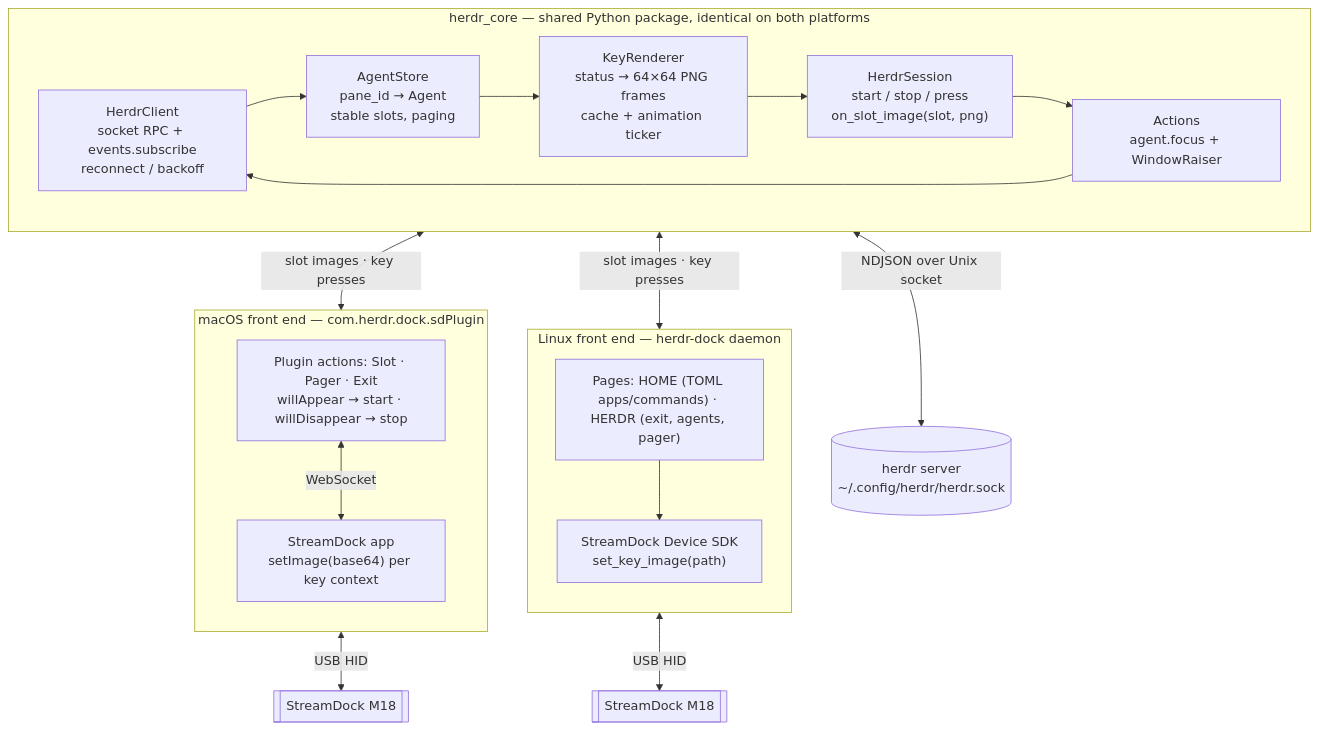
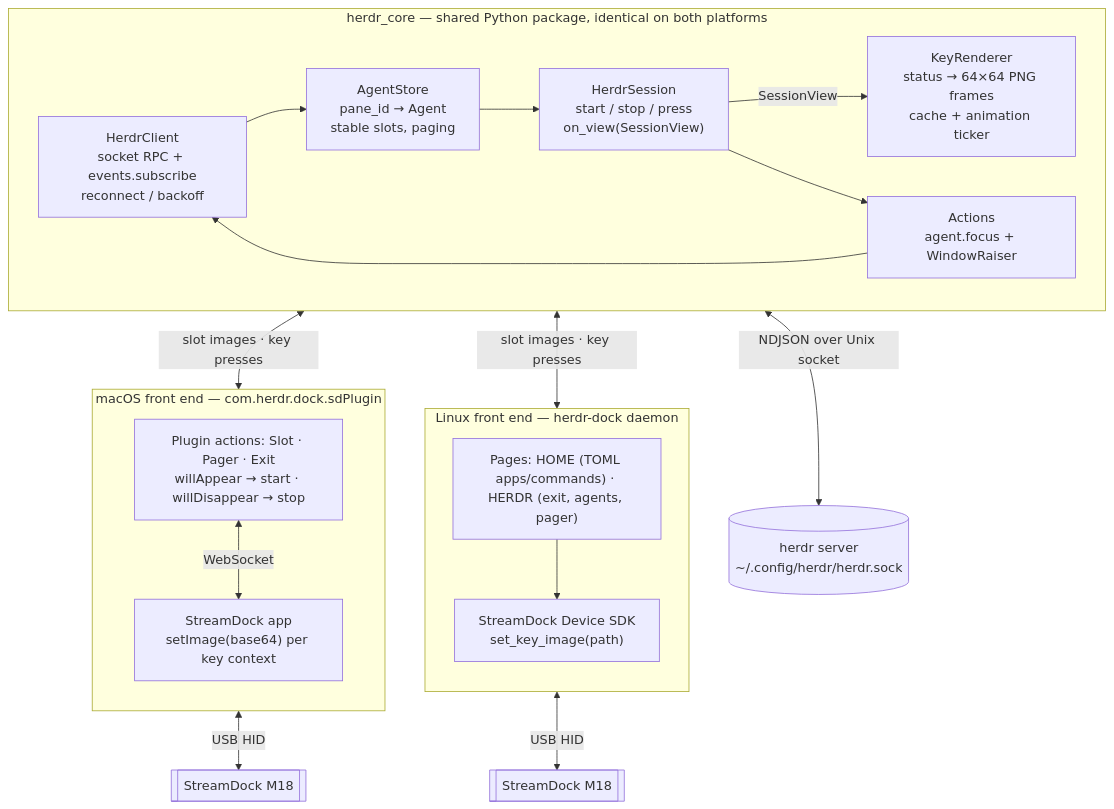
One commit to gedovkl/herdr-dock changed the first of 5 diagrams in DESIGN.md. Above: the diagram before and after it, drawn with Mermaid. The commit also changed other lines of this file and 32 other files, not shown here.

````diff
--- a/DESIGN.md
+++ b/DESIGN.md
@@ -74,37 +74,38 @@
 ```mermaid
 flowchart TB
     subgraph core["herdr_core — shared Python package, identical on both platforms"]
         direction LR
         client["HerdrClient<br/>socket RPC + events.subscribe<br/>reconnect / backoff"]
         store["AgentStore<br/>pane_id → Agent<br/>stable slots, paging"]
         render["KeyRenderer<br/>status → 64×64 PNG frames<br/>cache + animation ticker"]
         actions["Actions<br/>agent.focus + WindowRaiser"]
-        session["HerdrSession<br/>start / stop / press<br/>on_slot_image(slot, png)"]
-        client --> store --> render --> session
+        session["HerdrSession<br/>start / stop / press<br/>on_view(SessionView)"]
+        client --> store --> session
+        session -->|SessionView| render
         session --> actions --> client
     end
 
     subgraph linux["Linux front end — herdr-dock daemon"]
         direction TB
         lpages["Pages: HOME (TOML apps/commands) · HERDR (exit, agents, pager)"]
         lsdk["StreamDock Device SDK<br/>set_key_image(path)"]
         lpages --> lsdk
     end
 
     subgraph mac["macOS front end — com.herdr.dock.sdPlugin"]
         direction TB
         mplugin["Plugin actions: Slot · Pager · Exit<br/>willAppear → start · willDisappear → stop"]
         mapp["StreamDock app<br/>setImage(base64) per key context"]
         mplugin <-->|WebSocket| mapp
     end
 
     herdr[("herdr server<br/>~/.config/herdr/herdr.sock")]
     m18L[["StreamDock M18"]]
     m18M[["StreamDock M18"]]
 
     client <-->|NDJSON over Unix socket| herdr
     session <-->|slot images · key presses| lpages
     session <-->|slot images · key presses| mplugin
     lsdk <-->|USB HID| m18L
     mapp <-->|USB HID| m18M
 ```
````
